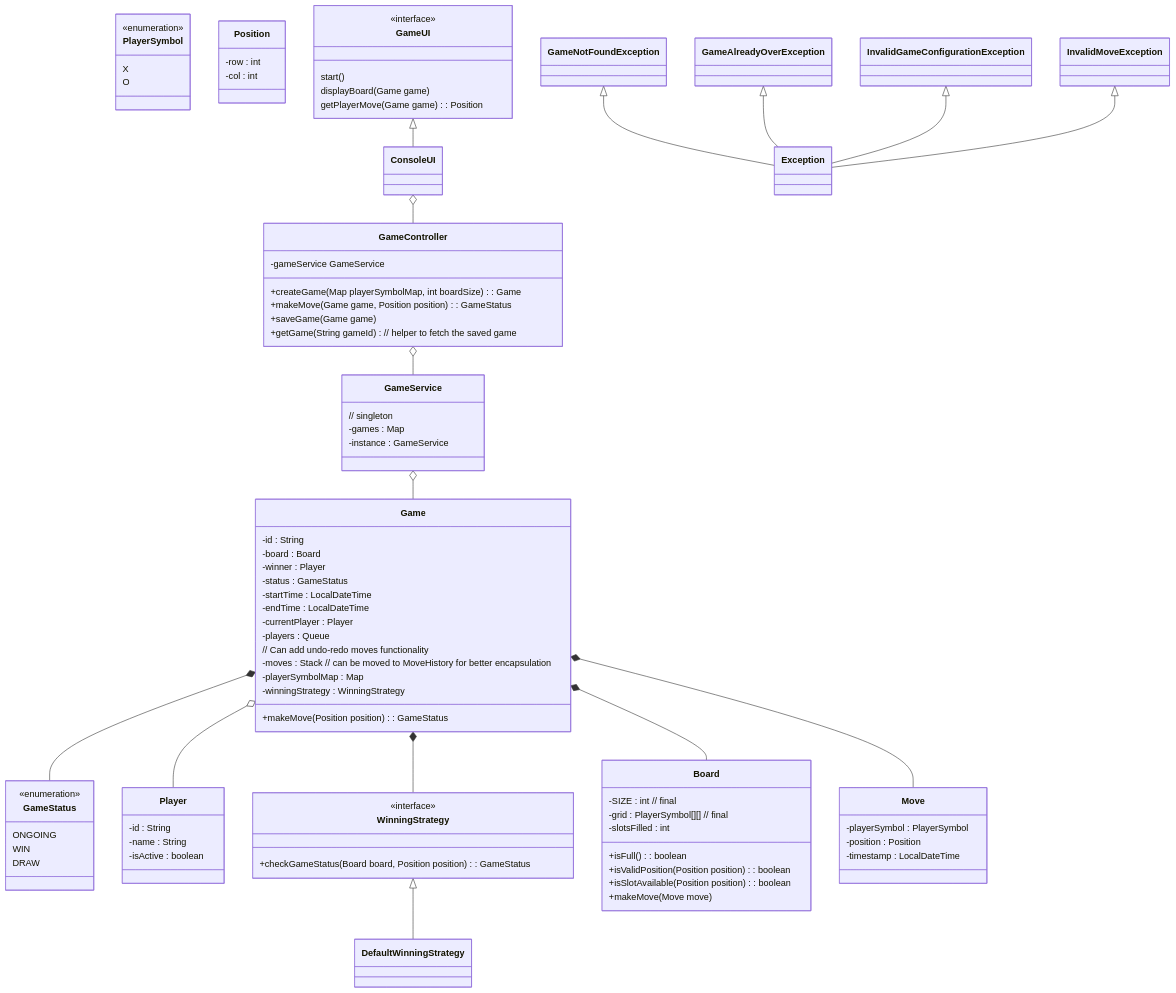
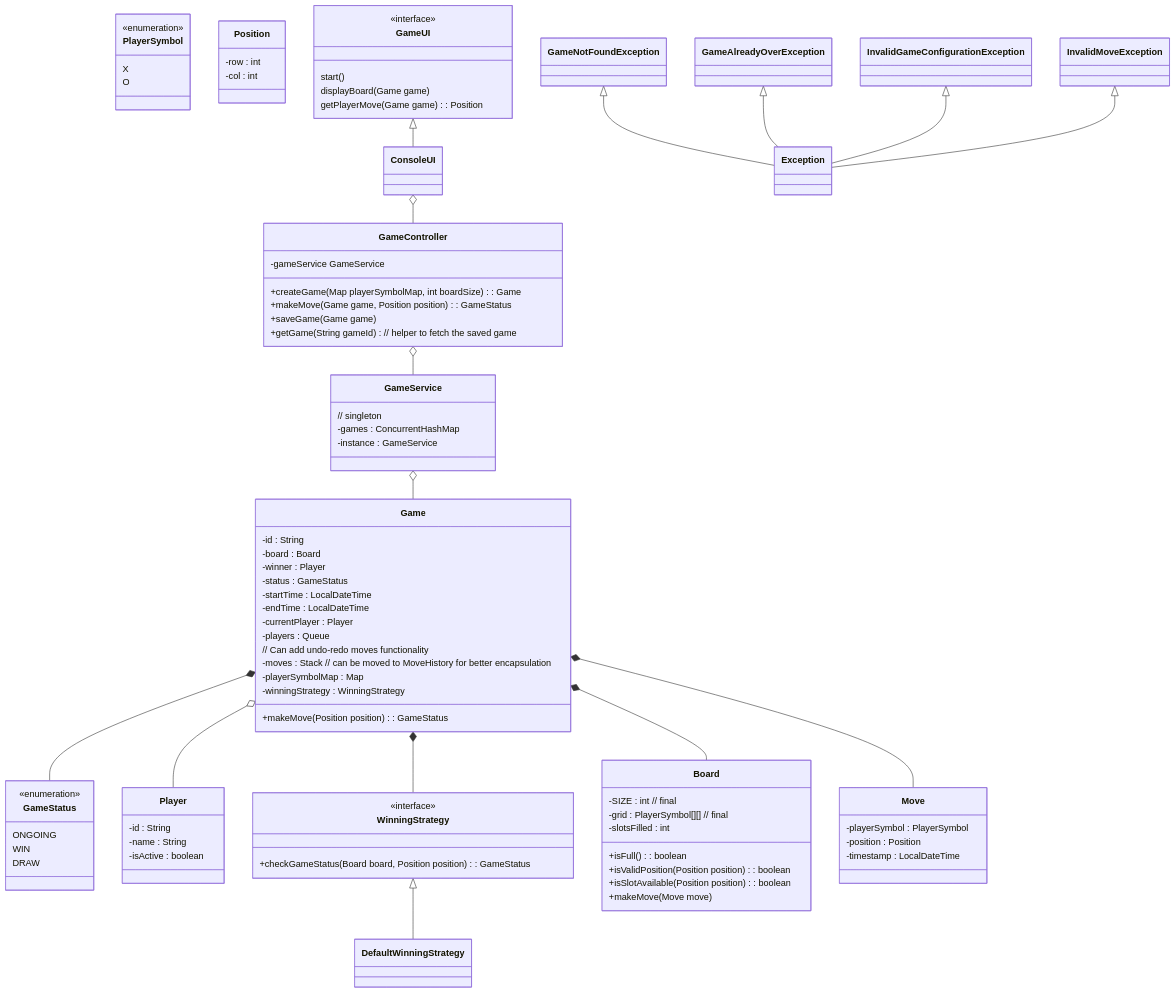
The diagram in solutions/tictactoe/notes.md (shafique-md18/low-level-design), drawn with Mermaid before and after one commit. The commit also changed other lines of this file, not shown here.

```diff
--- a/solutions/tictactoe/notes.md
+++ b/solutions/tictactoe/notes.md
@@ -98,7 +98,7 @@
     }
     GameService o-- Game
     class GameService { // singleton
-        -games : Map<String, Game>
+        -games : ConcurrentHashMap<String, Game>
         -instance : GameService
     }
     GameNotFoundException <|-- Exception
```
